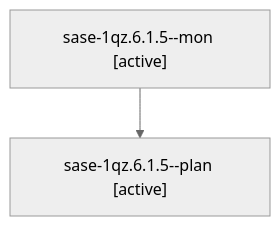
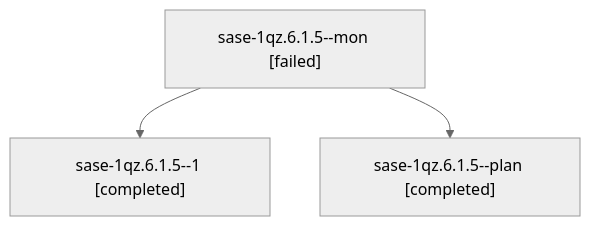
The diagram in sessions/bbugyi200.athena.sase-1qz.6.1.5.md (sase-org/sase--agents), drawn with Mermaid (neutral theme) before and after one commit. The commit also changed other lines of this file and 55 other files, not shown here.

````diff
--- a/sessions/bbugyi200.athena.sase-1qz.6.1.5.md
+++ b/sessions/bbugyi200.athena.sase-1qz.6.1.5.md
@@ -9,6 +9,8 @@
 ```mermaid
 flowchart TD
-  n0["sase-1qz.6.1.5--mon [active]"]
-  n1["sase-1qz.6.1.5--plan [active]"]
+  n0["sase-1qz.6.1.5--mon [failed]"]
+  n1["sase-1qz.6.1.5--1 [completed]"]
   n0 --> n1
+  n2["sase-1qz.6.1.5--plan [completed]"]
+  n0 --> n2
 ```
````
